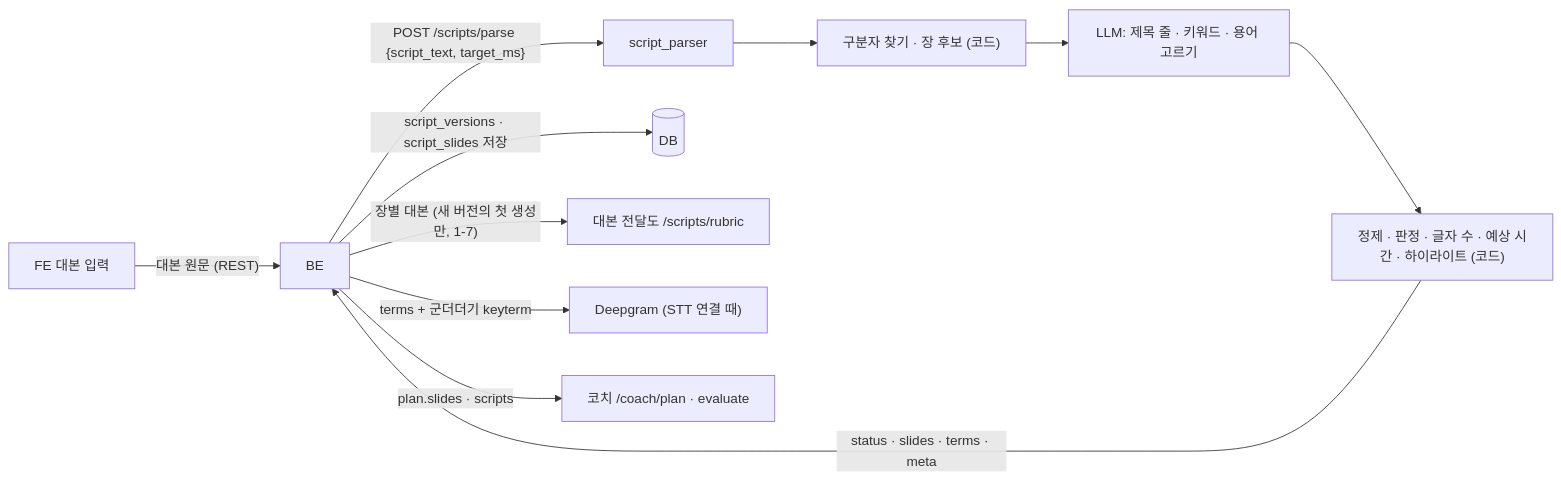
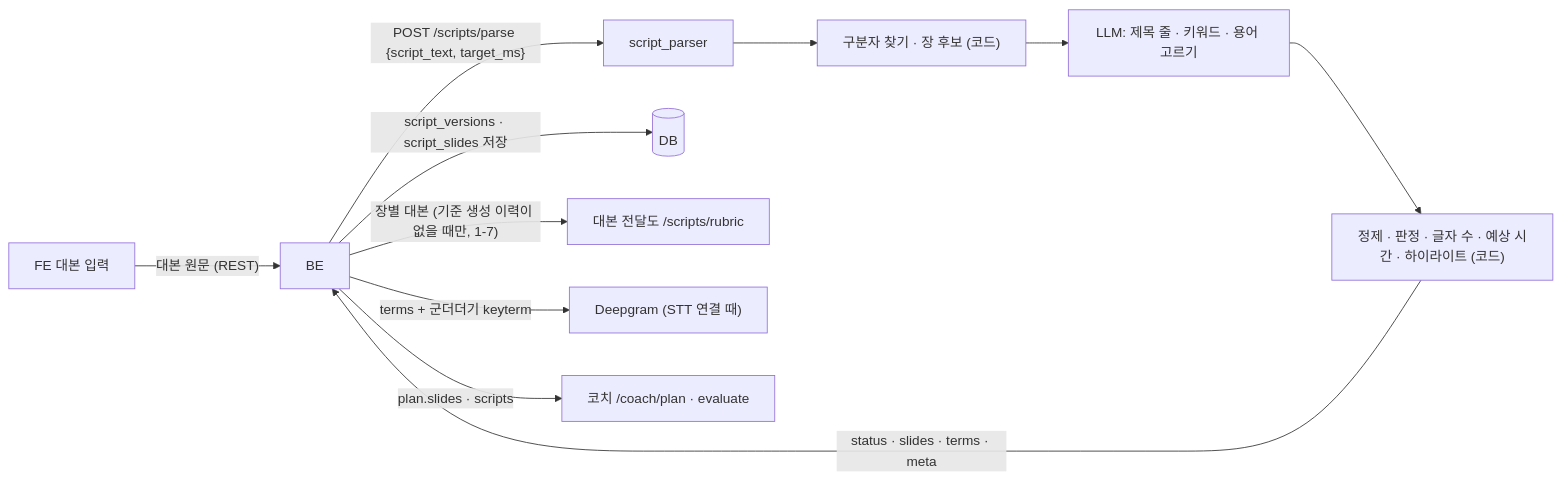
The first of 2 diagrams in docs/ai/features/script-parser.md (kakaotechcampus-4/ktc4-pusan-2), drawn with Mermaid before and after one commit. The commit also changed other lines of this file, not shown here.

Commit message:
docs(ai): script-parser 3 · 12절 다시 파싱 흐름을 BE에 맞춤 — 저장본과 같으면 기준 생성 이력이 없을 때만 rubric 첫 작업 · /coach/plan 호출 (#589)

````diff
--- a/docs/ai/features/script-parser.md
+++ b/docs/ai/features/script-parser.md
@@ -50,13 +50,13 @@
 ```mermaid
 flowchart LR
   FE["FE 대본 입력"] -- "대본 원문 (REST)" --> BE
   BE -- "POST /scripts/parse {script_text, target_ms}" --> P["script_parser"]
   P --> S1["구분자 찾기 · 장 후보 (코드)"]
   S1 --> L["LLM: 제목 줄 · 키워드 · 용어 고르기"]
   L --> S2["정제 · 판정 · 글자 수 · 예상 시간 · 하이라이트 (코드)"]
   S2 -- "status · slides · terms · meta" --> BE
   BE -- "script_versions · script_slides 저장" --> DB[(DB)]
-  BE -- "장별 대본 (새 버전의 첫 생성만, 1-7)" --> R["대본 전달도 /scripts/rubric"]
+  BE -- "장별 대본 (기준 생성 이력이 없을 때만, 1-7)" --> R["대본 전달도 /scripts/rubric"]
   BE -- "terms + 군더더기 keyterm" --> DG["Deepgram (STT 연결 때)"]
   BE -- "plan.slides · scripts" --> C["코치 /coach/plan · evaluate"]
 ```
````
